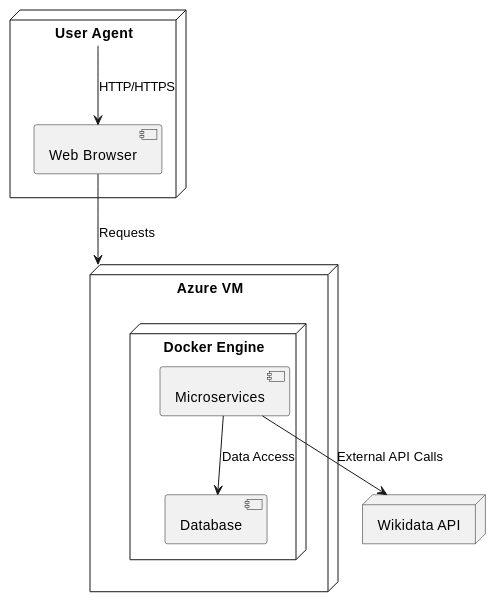
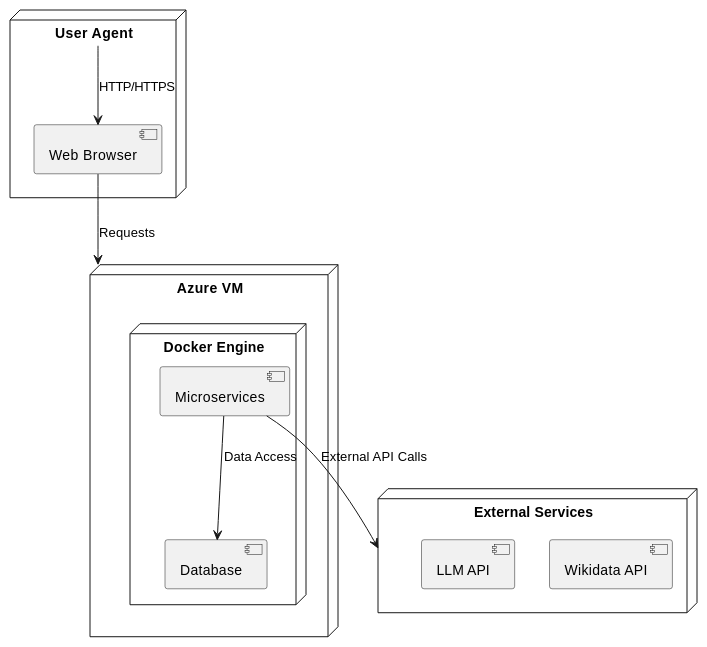
One commit to Arquisoft/wichat_es3b changed the first of 3 diagrams in docs/src/07_deployment_view.adoc. Above: the diagram before and after it, drawn with PlantUML. The commit also changed other lines of this file, not shown here.

```diff
--- a/docs/src/07_deployment_view.adoc
+++ b/docs/src/07_deployment_view.adoc
@@ -81,23 +81,25 @@
 [plantuml, diagram, svg]
 ----
 @startuml
 node "User Agent" as UA {
   component "Web Browser" as Browser
 }
 
 node "Azure VM" as AzureVM {
   node "Docker Engine" as Docker {
     component "Microservices" as Micro
     component "Database" as DB
   }
 }
 
-node "Wikidata API" as Wikidata
+node "External Services" as ExServs {
+  component "Wikidata API" as Wikidata
+  component "LLM API" as LLM
+}
 
 UA --> Browser : HTTP/HTTPS
 Browser --> AzureVM : Requests
 Micro --> DB : Data Access
-Micro --> Wikidata : External API Calls
-
+Micro --> ExServs : External API Calls
 @enduml
 ----
```
